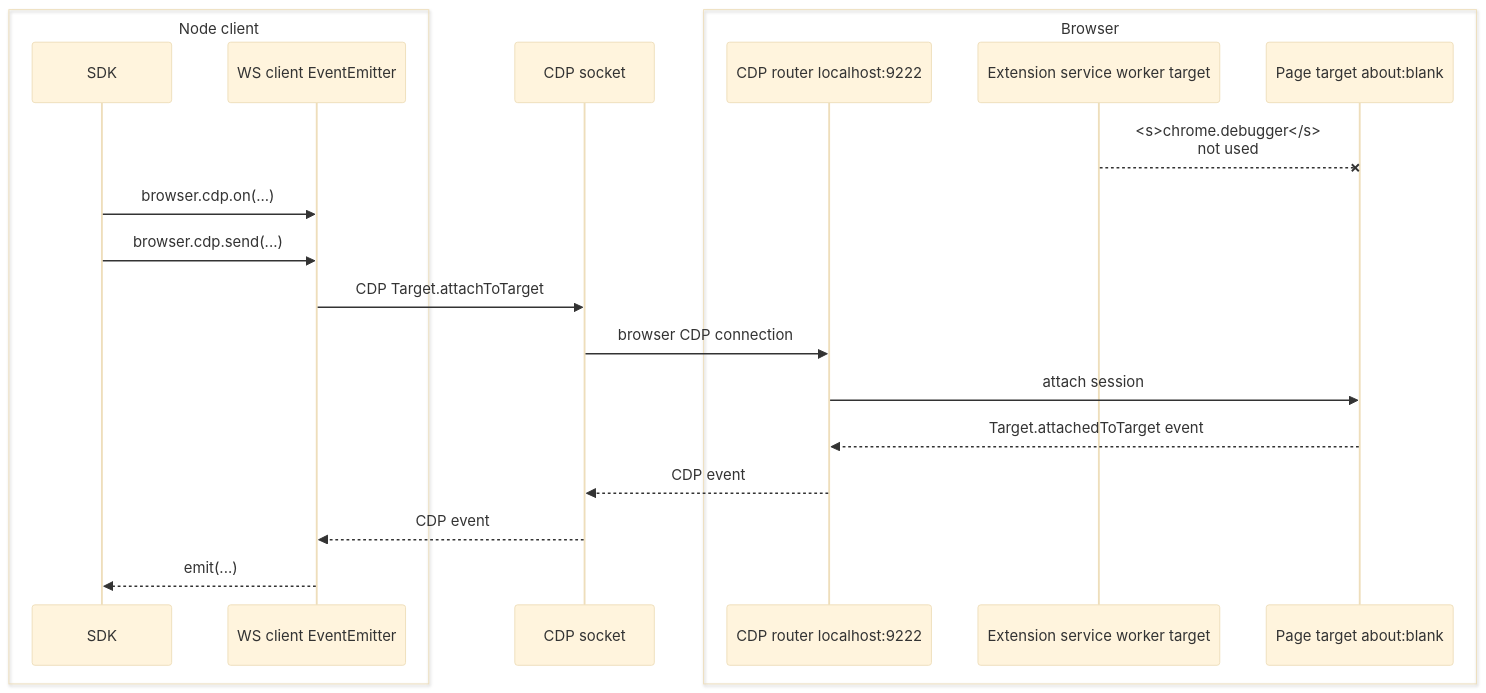
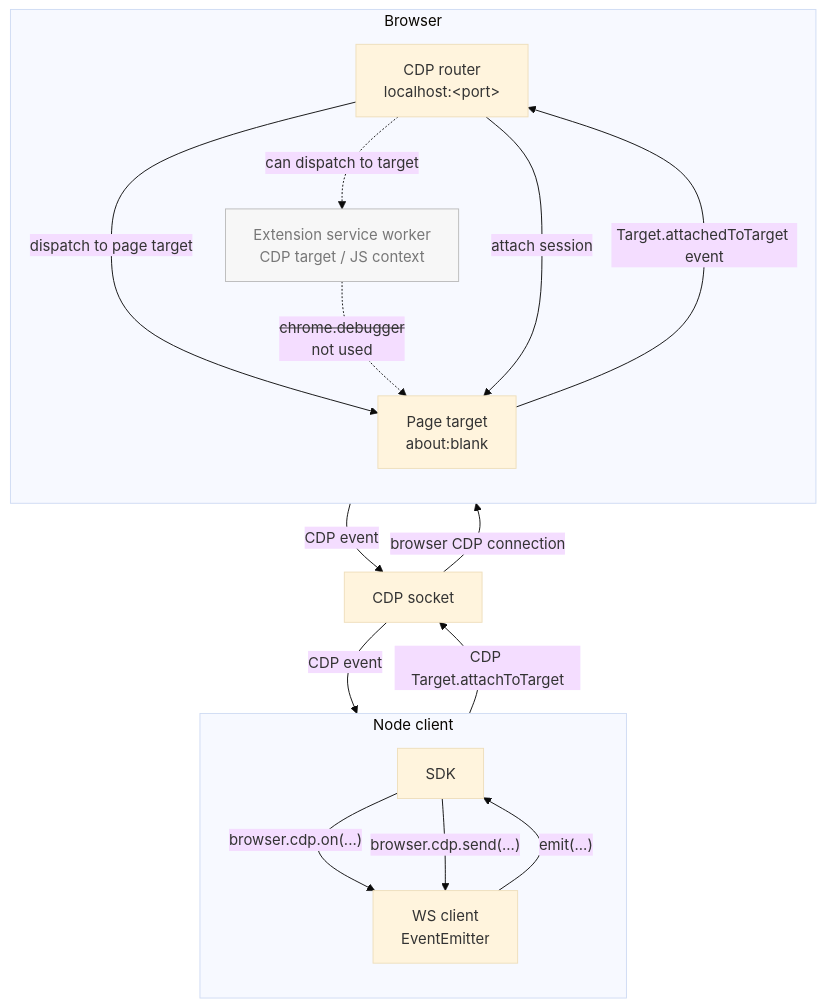
The second of 4 diagrams in README.md (pirate/chrome-cdp-extension-bridge), drawn with Mermaid (base theme) before and after one commit. The commit also changed other lines of this file, not shown here.

````diff
--- a/README.md
+++ b/README.md
@@ -67,24 +73,33 @@
 ```mermaid
-sequenceDiagram
-  box Node client
-    participant SDK as SDK
-    participant WS as WS client EventEmitter
-  end
-  participant Socket as CDP socket
-  box Browser
-    participant CDP as CDP router localhost:9222
-    participant SW as Extension service worker target
-    participant Page as Page target about:blank
+flowchart TB
+  subgraph Node["Node client"]
+    direction TB
+    SDK["SDK"]
+    WS["WS client<br/>EventEmitter"]
+    SDK -->|"browser.cdp.on(...)"| WS
+    SDK -->|"browser.cdp.send(...)"| WS
   end
 
-  SW--xPage: <s>chrome.debugger</s><br/>not used
-  SDK->>WS: browser.cdp.on(...)
-  SDK->>WS: browser.cdp.send(...)
-  WS->>Socket: CDP Target.attachToTarget
-  Socket->>CDP: browser CDP connection
-  CDP->>Page: attach session
-  Page-->>CDP: Target.attachedToTarget event
-  CDP-->>Socket: CDP event
-  Socket-->>WS: CDP event
-  WS-->>SDK: emit(...)
+  Socket["CDP socket"]
+
+  subgraph Browser["Browser"]
+    direction TB
+    CDP["CDP router<br/>localhost:&lt;port&gt;"]
+    SW["Extension service worker<br/>CDP target / JS context"]
+    Page["Page target<br/>about:blank"]
+    CDP -. "can dispatch to target" .-> SW
+    CDP -->|"dispatch to page target"| Page
+    SW -. "<s>chrome.debugger</s><br/>not used" .-> Page
+  end
+
+  WS -->|"CDP Target.attachToTarget"| Socket
+  Socket -->|"browser CDP connection"| CDP
+  CDP -->|"attach session"| Page
+  Page -->|"Target.attachedToTarget event"| CDP
+  CDP -->|"CDP event"| Socket
+  Socket -->|"CDP event"| WS
+  WS -->|"emit(...)"| SDK
+
+  classDef idle fill:#f7f7f7,stroke:#bbb,color:#777;
+  class SW idle;
 ```
````
